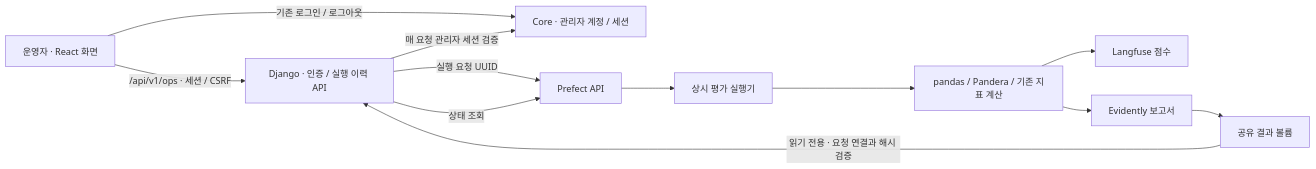
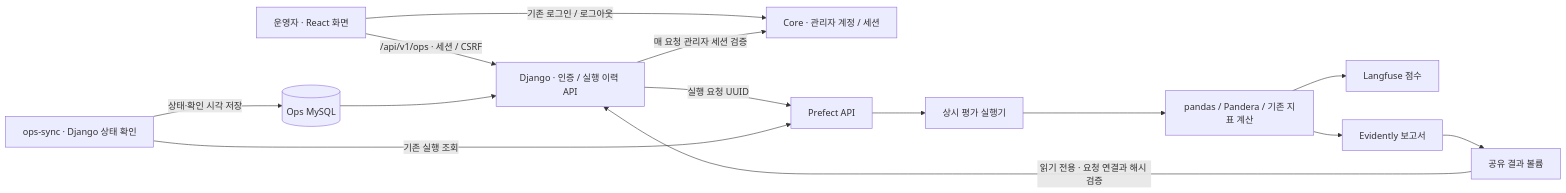
The first of 2 diagrams in infrastructure/llmops/README.md (20220348-kim/SKN34-4th-1Team), drawn with Mermaid before and after one commit. The commit also changed other lines of this file and 21 other files, not shown here.

````diff
--- a/infrastructure/llmops/README.md
+++ b/infrastructure/llmops/README.md
@@ -133,14 +139,16 @@
 ```mermaid
 flowchart LR
     UI[운영자 · React 화면] -->|기존 로그인 / 로그아웃| C[Core · 관리자 계정 / 세션]
     UI -->|/api/v1/ops · 세션 / CSRF| OPS[Django · 인증 / 실행 이력 API]
     OPS -->|매 요청 관리자 세션 검증| C
     OPS -->|실행 요청 UUID| P[Prefect API]
     P --> R[상시 평가 실행기]
     R --> E[pandas / Pandera / 기존 지표 계산]
     E --> L[Langfuse 점수]
     E --> V[Evidently 보고서]
     V --> F[공유 결과 볼륨]
     F -->|읽기 전용 · 요청 연결과 해시 검증| OPS
-    OPS -->|상태 조회| P
+    SYNC[ops-sync · Django 상태 확인] -->|기존 실행 조회| P
+    SYNC -->|상태·확인 시각 저장| DB[(Ops MySQL)]
+    DB --> OPS
 ```
````
